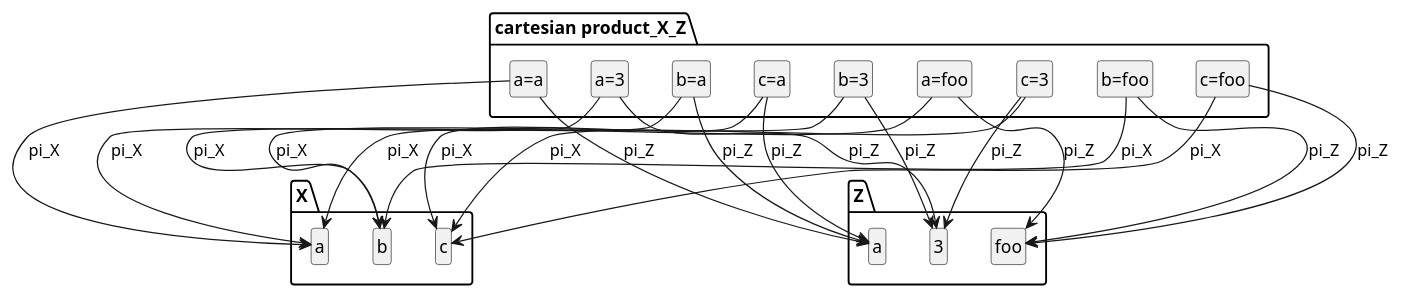
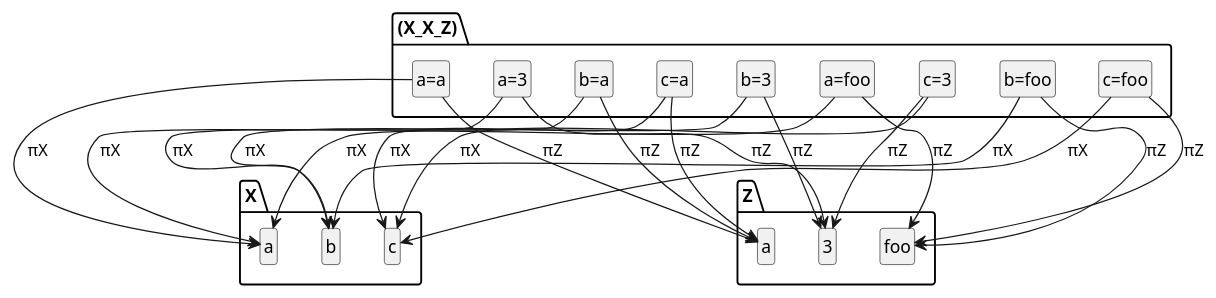
One commit to rajiv-thorat/fmde changed the diagram in FMDE/diagrams/miniproj/emptyCandidate.pretty.plantuml. Above: the diagram before and after it, drawn with PlantUML. The commit also changed 11 other files, not shown here.

```diff
--- a/FMDE/diagrams/miniproj/emptyCandidate.pretty.plantuml
+++ b/FMDE/diagrams/miniproj/emptyCandidate.pretty.plantuml
@@ -1,30 +1,30 @@
 @startuml
 skinparam shadowing false
 hide members
 hide circle
 class "X.a"
 class "X.b"
 class "X.c"
 class "Z.a"
 class "Z.3"
 class "Z.foo"
 
-"cartesian product_X_Z.a=a" --> "X.a" : "pi_X"
-"cartesian product_X_Z.a=3" --> "X.a" : "pi_X"
-"cartesian product_X_Z.a=foo" --> "X.a" : "pi_X"
-"cartesian product_X_Z.b=a" --> "X.b" : "pi_X"
-"cartesian product_X_Z.b=3" --> "X.b" : "pi_X"
-"cartesian product_X_Z.b=foo" --> "X.b" : "pi_X"
-"cartesian product_X_Z.c=a" --> "X.c" : "pi_X"
-"cartesian product_X_Z.c=3" --> "X.c" : "pi_X"
-"cartesian product_X_Z.c=foo" --> "X.c" : "pi_X"
-"cartesian product_X_Z.a=a" --> "Z.a" : "pi_Z"
-"cartesian product_X_Z.a=3" --> "Z.3" : "pi_Z"
-"cartesian product_X_Z.a=foo" --> "Z.foo" : "pi_Z"
-"cartesian product_X_Z.b=a" --> "Z.a" : "pi_Z"
-"cartesian product_X_Z.b=3" --> "Z.3" : "pi_Z"
-"cartesian product_X_Z.b=foo" --> "Z.foo" : "pi_Z"
-"cartesian product_X_Z.c=a" --> "Z.a" : "pi_Z"
-"cartesian product_X_Z.c=3" --> "Z.3" : "pi_Z"
-"cartesian product_X_Z.c=foo" --> "Z.foo" : "pi_Z"
+"(X_X_Z).a=a" --> "X.a" : "πX"
+"(X_X_Z).a=3" --> "X.a" : "πX"
+"(X_X_Z).a=foo" --> "X.a" : "πX"
+"(X_X_Z).b=a" --> "X.b" : "πX"
+"(X_X_Z).b=3" --> "X.b" : "πX"
+"(X_X_Z).b=foo" --> "X.b" : "πX"
+"(X_X_Z).c=a" --> "X.c" : "πX"
+"(X_X_Z).c=3" --> "X.c" : "πX"
+"(X_X_Z).c=foo" --> "X.c" : "πX"
+"(X_X_Z).a=a" --> "Z.a" : "πZ"
+"(X_X_Z).a=3" --> "Z.3" : "πZ"
+"(X_X_Z).a=foo" --> "Z.foo" : "πZ"
+"(X_X_Z).b=a" --> "Z.a" : "πZ"
+"(X_X_Z).b=3" --> "Z.3" : "πZ"
+"(X_X_Z).b=foo" --> "Z.foo" : "πZ"
+"(X_X_Z).c=a" --> "Z.a" : "πZ"
+"(X_X_Z).c=3" --> "Z.3" : "πZ"
+"(X_X_Z).c=foo" --> "Z.foo" : "πZ"
 @enduml
```
